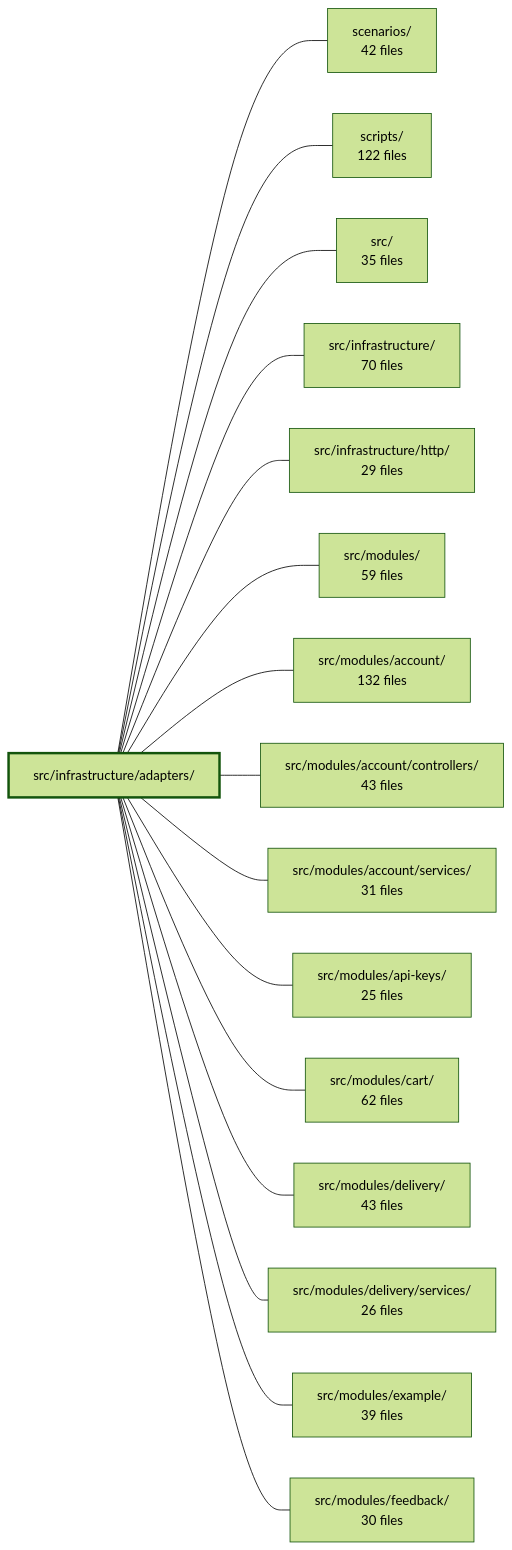
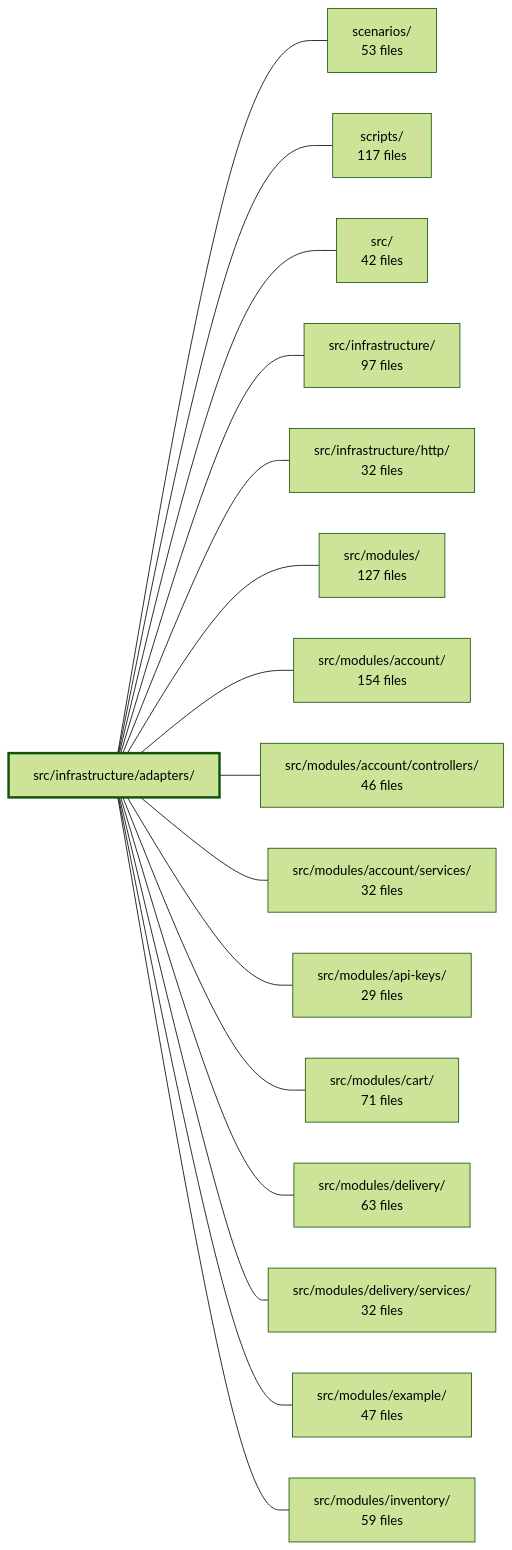
The diagram in .2brain/modules/boilerplate-node-backend_src_infrastructure_adapters.md (Guebbit/boilerplate-node-backend), drawn with Mermaid (forest theme) before and after one commit. The commit also changed other lines of this file and 1775 other files, not shown here.

````diff
--- a/.2brain/modules/boilerplate-node-backend_src_infrastructure_adapters.md
+++ b/.2brain/modules/boilerplate-node-backend_src_infrastructure_adapters.md
@@ -43,35 +46,35 @@
 ```mermaid
 flowchart LR
     m_src_infrastructure_adapters["src/infrastructure/adapters/"]
-    m_scenarios["scenarios/<br/>42 files"]
-    m_scripts["scripts/<br/>122 files"]
-    m_src["src/<br/>35 files"]
-    m_src_infrastructure["src/infrastructure/<br/>70 files"]
-    m_src_infrastructure_http["src/infrastructure/http/<br/>29 files"]
-    m_src_modules["src/modules/<br/>59 files"]
-    m_src_modules_account["src/modules/account/<br/>132 files"]
-    m_src_modules_account_controllers["src/modules/account/controllers/<br/>43 files"]
-    m_src_modules_account_services["src/modules/account/services/<br/>31 files"]
-    m_src_modules_api_keys["src/modules/api-keys/<br/>25 files"]
-    m_src_modules_cart["src/modules/cart/<br/>62 files"]
-    m_src_modules_delivery["src/modules/delivery/<br/>43 files"]
-    m_src_modules_delivery_services["src/modules/delivery/services/<br/>26 files"]
-    m_src_modules_example["src/modules/example/<br/>39 files"]
-    m_src_modules_feedback["src/modules/feedback/<br/>30 files"]
+    m_scenarios["scenarios/<br/>53 files"]
+    m_scripts["scripts/<br/>117 files"]
+    m_src["src/<br/>42 files"]
+    m_src_infrastructure["src/infrastructure/<br/>97 files"]
+    m_src_infrastructure_http["src/infrastructure/http/<br/>32 files"]
+    m_src_modules["src/modules/<br/>127 files"]
+    m_src_modules_account["src/modules/account/<br/>154 files"]
+    m_src_modules_account_controllers["src/modules/account/controllers/<br/>46 files"]
+    m_src_modules_account_services["src/modules/account/services/<br/>32 files"]
+    m_src_modules_api_keys["src/modules/api-keys/<br/>29 files"]
+    m_src_modules_cart["src/modules/cart/<br/>71 files"]
+    m_src_modules_delivery["src/modules/delivery/<br/>63 files"]
+    m_src_modules_delivery_services["src/modules/delivery/services/<br/>32 files"]
+    m_src_modules_example["src/modules/example/<br/>47 files"]
+    m_src_modules_inventory["src/modules/inventory/<br/>59 files"]
     m_src_infrastructure_adapters --- m_scenarios
     m_src_infrastructure_adapters --- m_scripts
     m_src_infrastructure_adapters --- m_src
     m_src_infrastructure_adapters --- m_src_infrastructure
     m_src_infrastructure_adapters --- m_src_infrastructure_http
     m_src_infrastructure_adapters --- m_src_modules
     m_src_infrastructure_adapters --- m_src_modules_account
     m_src_infrastructure_adapters --- m_src_modules_account_controllers
     m_src_infrastructure_adapters --- m_src_modules_account_services
     m_src_infrastructure_adapters --- m_src_modules_api_keys
     m_src_infrastructure_adapters --- m_src_modules_cart
     m_src_infrastructure_adapters --- m_src_modules_delivery
     m_src_infrastructure_adapters --- m_src_modules_delivery_services
     m_src_infrastructure_adapters --- m_src_modules_example
-    m_src_infrastructure_adapters --- m_src_modules_feedback
+    m_src_infrastructure_adapters --- m_src_modules_inventory
     style m_src_infrastructure_adapters stroke-width:3px
 ```
````
